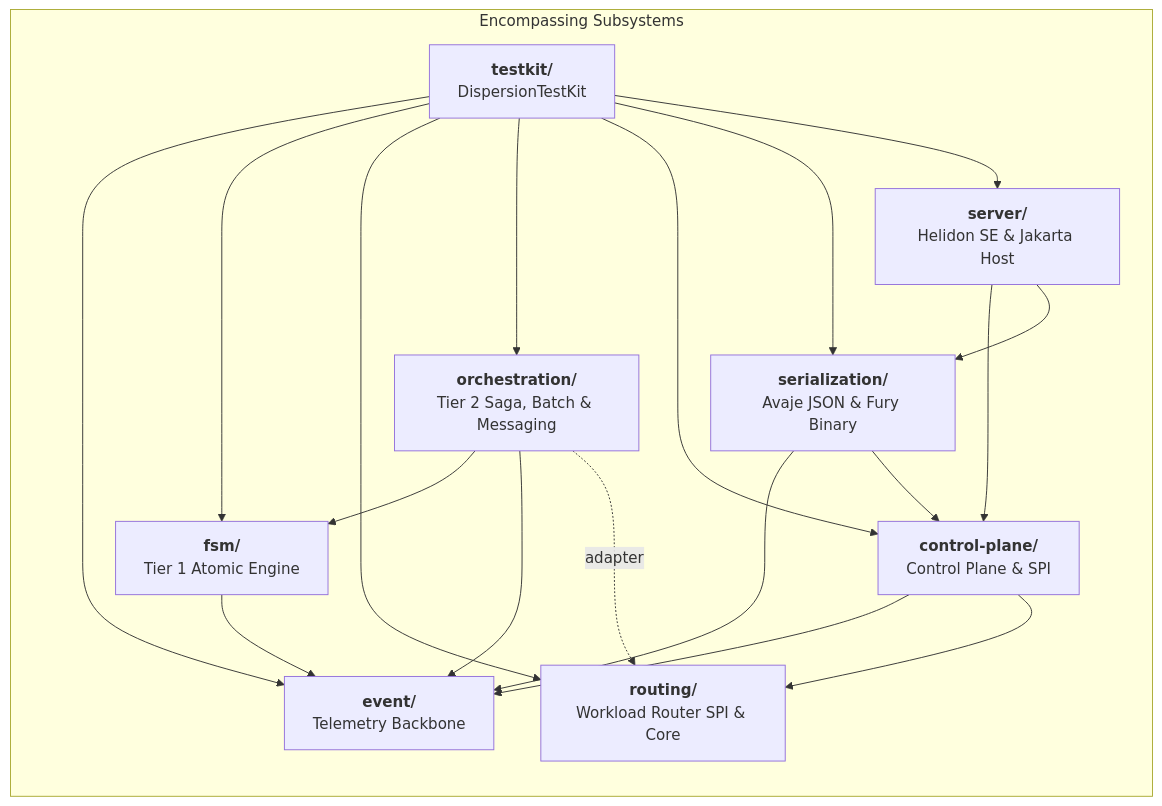
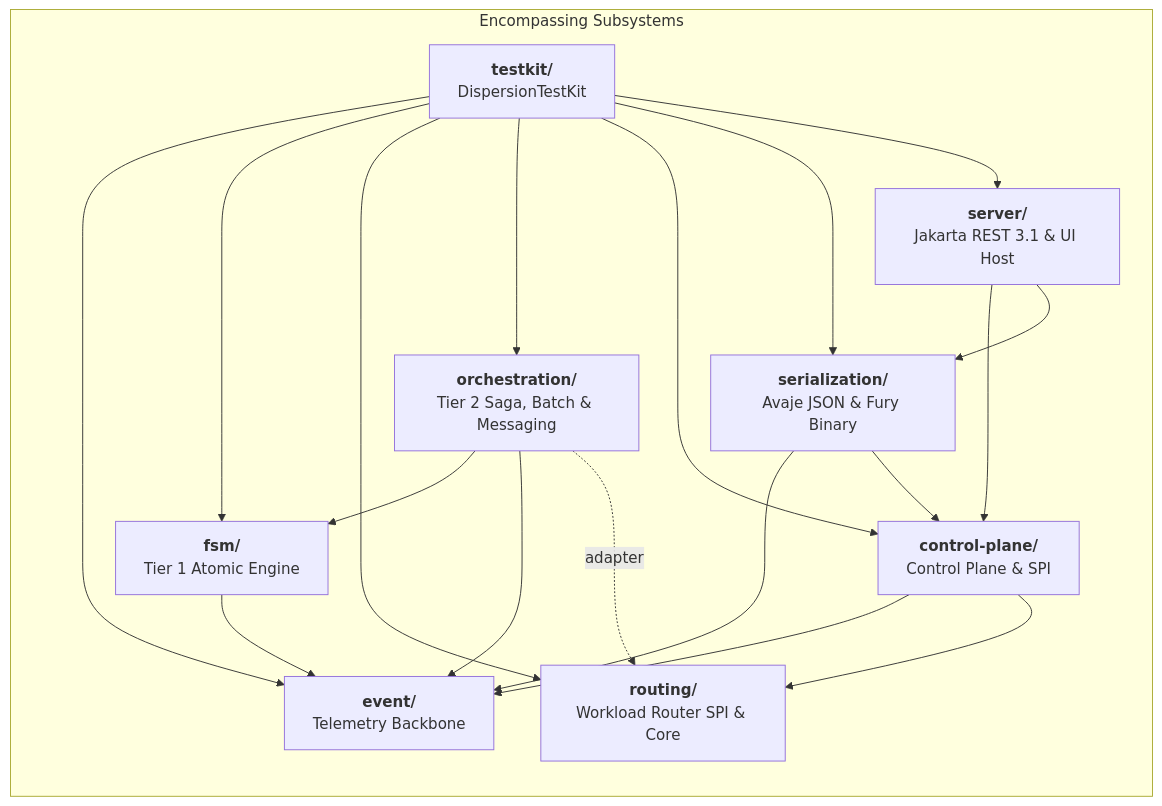
One commit to f442y/dispersion changed the second of 2 diagrams in README.md. Above: the diagram before and after it, drawn with Mermaid. The commit also changed other lines of this file and 74 other files, not shown here.

Commit message:
feat: tiered telemetry, dynamic tap manager, Jakarta REST server, Spring Boot 4 demo & docs overhaul

````diff
--- a/README.md
+++ b/README.md
@@ -388,21 +391,21 @@
 ```mermaid
 graph LR
     subgraph Subsystems["Encompassing Subsystems"]
         E["<b>event/</b><br/>Telemetry Backbone"]
         F["<b>fsm/</b><br/>Tier 1 Atomic Engine"]
         R["<b>routing/</b><br/>Workload Router SPI & Core"]
         O["<b>orchestration/</b><br/>Tier 2 Saga, Batch & Messaging"]
         C["<b>control-plane/</b><br/>Control Plane & SPI"]
         S["<b>serialization/</b><br/>Avaje JSON & Fury Binary"]
-        SRV["<b>server/</b><br/>Helidon SE & Jakarta Host"]
+        SRV["<b>server/</b><br/>Jakarta REST 3.1 & UI Host"]
         T["<b>testkit/</b><br/>DispersionTestKit"]
     end
 
     F --> E
     O --> F & E
     O -.->|adapter| R
     C --> E & R
     S --> E & C
     SRV --> C & S
     T --> E & F & R & O & C & S & SRV
 ```
````
